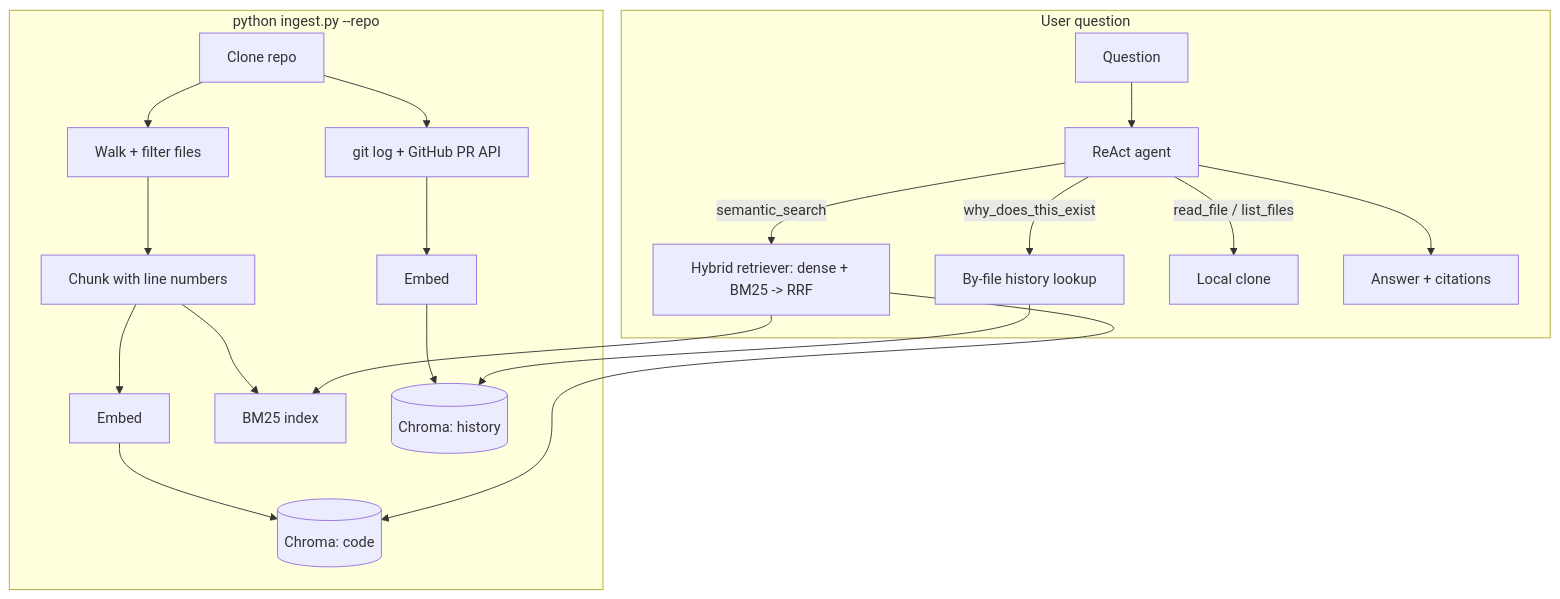
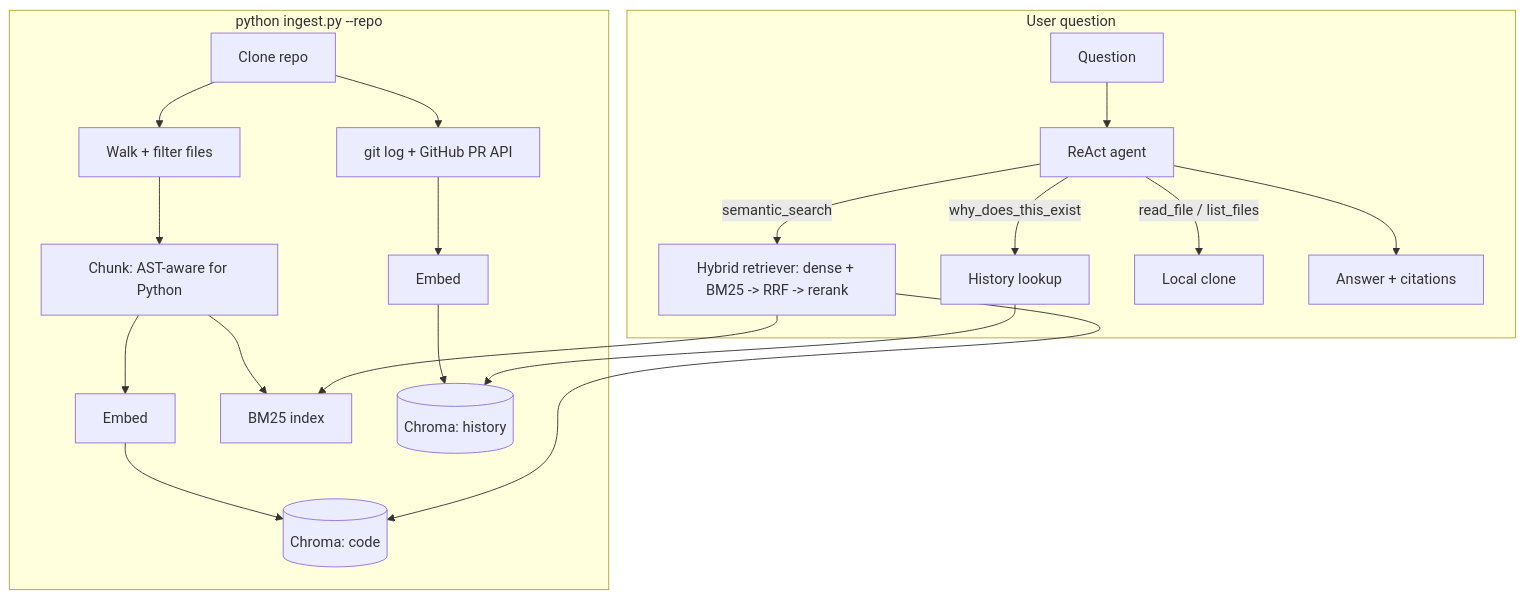
Before and after one commit to AniketPatil1710/Smriti: the diagram in README.md, drawn with Mermaid. The commit also changed other lines of this file, not shown here.

````diff
--- a/README.md
+++ b/README.md
@@ -18,24 +7,20 @@
 ```mermaid
 flowchart TD
     subgraph Indexing["python ingest.py --repo <url>"]
         A[Clone repo] --> B[Walk + filter files]
-        B --> C[Chunk with line numbers]
-        C --> D[Embed]
-        D --> E[(Chroma: code)]
+        B --> C[Chunk: AST-aware for Python]
+        C --> D[Embed] --> E[(Chroma: code)]
         C --> F[BM25 index]
-        A --> G[git log + GitHub PR API]
-        G --> H[Embed]
-        H --> I[(Chroma: history)]
+        A --> G[git log + GitHub PR API] --> H[Embed] --> I[(Chroma: history)]
     end
 
     subgraph Query["User question"]
         Q[Question] --> Agent[ReAct agent]
-        Agent -->|semantic_search| Retriever[Hybrid retriever: dense + BM25 -> RRF]
-        Agent -->|why_does_this_exist| History[By-file history lookup]
+        Agent -->|semantic_search| R[Hybrid retriever: dense + BM25 -> RRF -> rerank]
+        Agent -->|why_does_this_exist| History[History lookup]
         Agent -->|read_file / list_files| Repo[Local clone]
-        Retriever --> E
-        Retriever --> F
+        R --> E & F
         History --> I
         Agent --> Answer[Answer + citations]
     end
 ```
````
